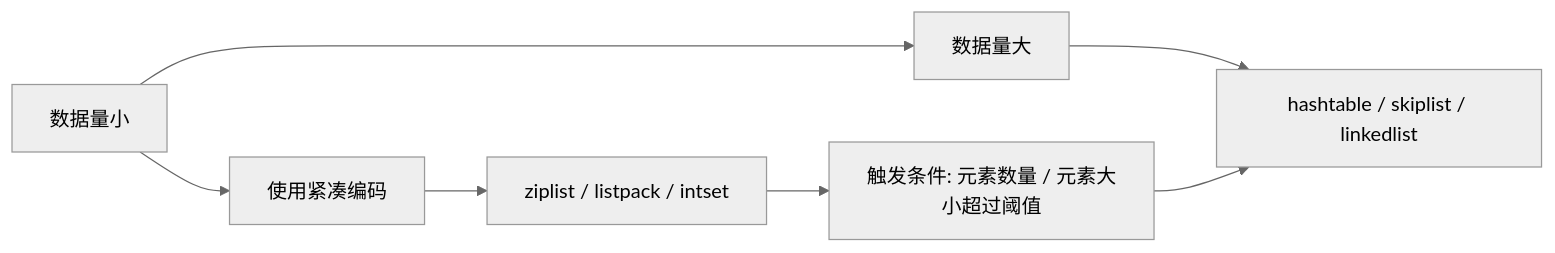
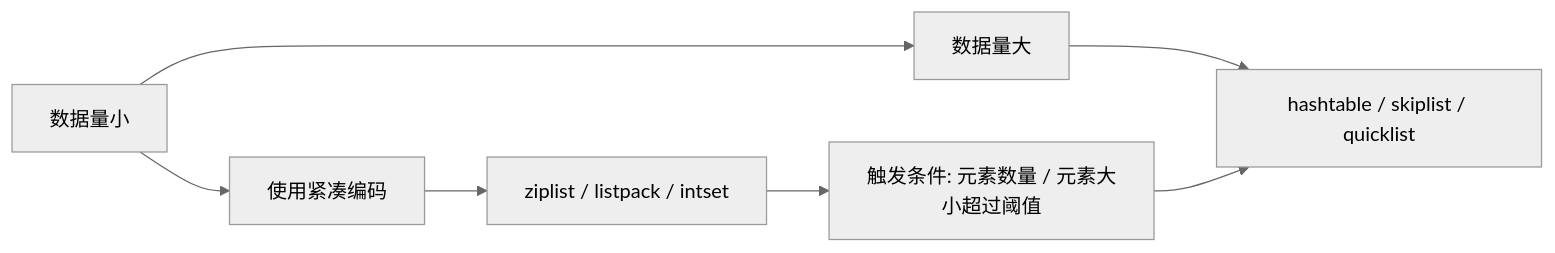
One commit to dunwu/waterdrop changed the third of 8 diagrams in docs/12.数据库/KV数据库/Redis/[Redis]面试之应用篇.md. Above: the diagram before and after it, drawn with Mermaid (neutral theme). The commit also changed other lines of this file and 73 other files, not shown here.

````diff
--- a/docs/12.数据库/KV数据库/Redis/[Redis]面试之应用篇.md
+++ b/docs/12.数据库/KV数据库/Redis/[Redis]面试之应用篇.md
@@ -242,9 +246,9 @@
 ```mermaid
 graph LR
     A["数据量小"] --> B["使用紧凑编码"]
     A --> C["数据量大"]
     B --> D["ziplist / listpack / intset"]
-    C --> E["hashtable / skiplist / linkedlist"]
+    C --> E["hashtable / skiplist / quicklist"]
     D --> F["触发条件: 元素数量 / 元素大小超过阈值"]
     F --> E
 ```
````
